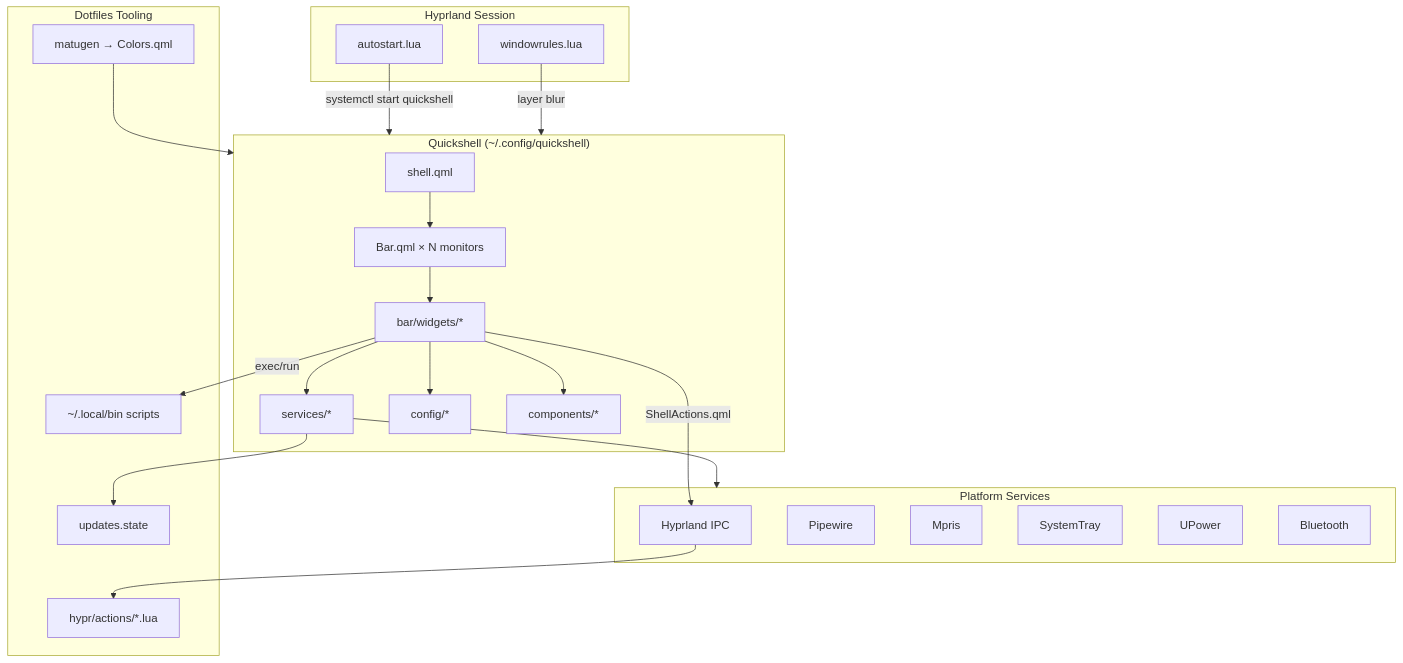
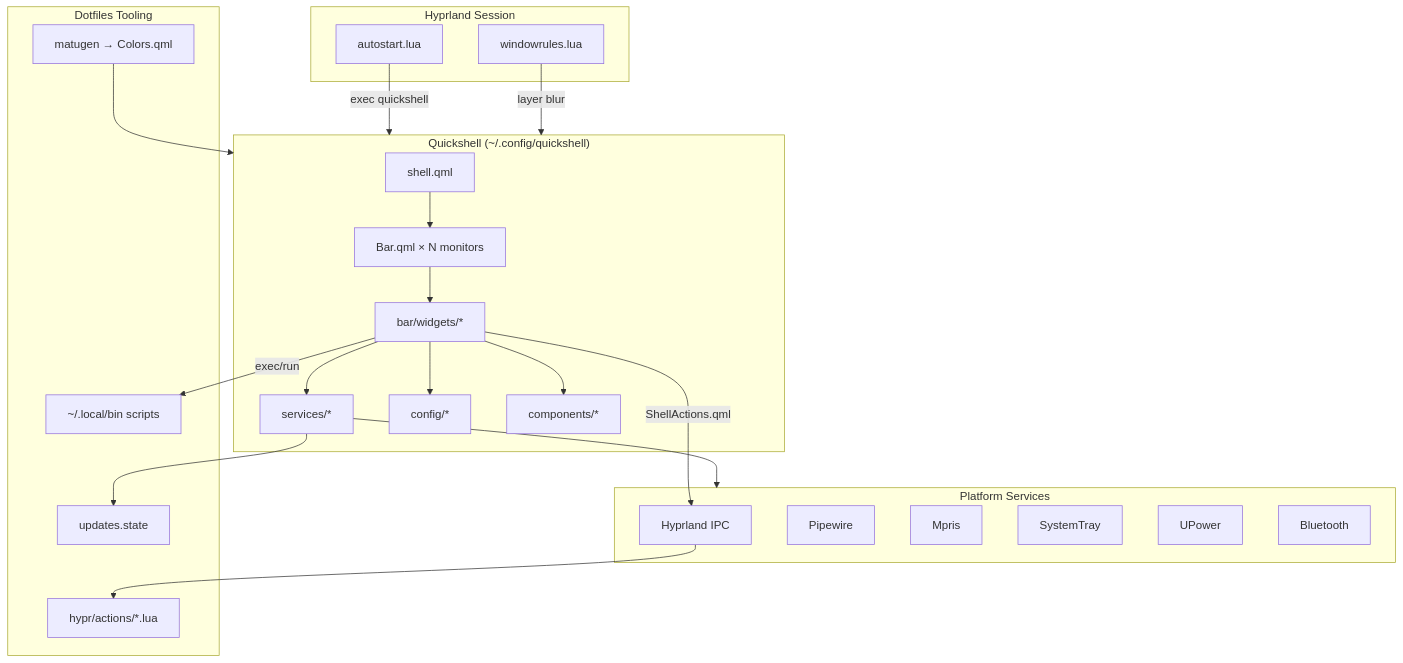
The first of 4 diagrams in stow/quickshell/.config/quickshell/OVERVIEW.md (Genoux/dotfiles), drawn with Mermaid before and after one commit. The commit also changed other lines of this file and 4 other files, not shown here.

````diff
--- a/stow/quickshell/.config/quickshell/OVERVIEW.md
+++ b/stow/quickshell/.config/quickshell/OVERVIEW.md
@@ -46,43 +46,43 @@
 ```mermaid
 flowchart TB
     subgraph Session["Hyprland Session"]
         AS[autostart.lua]
         WR[windowrules.lua]
     end
 
     subgraph Shell["Quickshell (~/.config/quickshell)"]
         SR[shell.qml]
         BAR[Bar.qml × N monitors]
         W[bar/widgets/*]
         SVC[services/*]
         CFG[config/*]
         CMP[components/*]
     end
 
     subgraph Platform["Platform Services"]
         HL[Hyprland IPC]
         PW[Pipewire]
         MP[Mpris]
         ST[SystemTray]
         UP[UPower]
         BT[Bluetooth]
     end
 
     subgraph Dotfiles["Dotfiles Tooling"]
         MAT[matugen → Colors.qml]
         SCR[~/.local/bin scripts]
         LUA[hypr/actions/*.lua]
         STATE[updates.state]
     end
 
-    AS -->|systemctl start quickshell| Shell
+    AS -->|exec quickshell| Shell
     SR --> BAR --> W
     W --> SVC & CFG & CMP
     SVC --> Platform
     W -->|ShellActions.qml| HL
     HL --> LUA
     W -->|exec/run| SCR
     MAT --> Shell
     SVC --> STATE
     WR -->|layer blur| Shell
 ```
````
